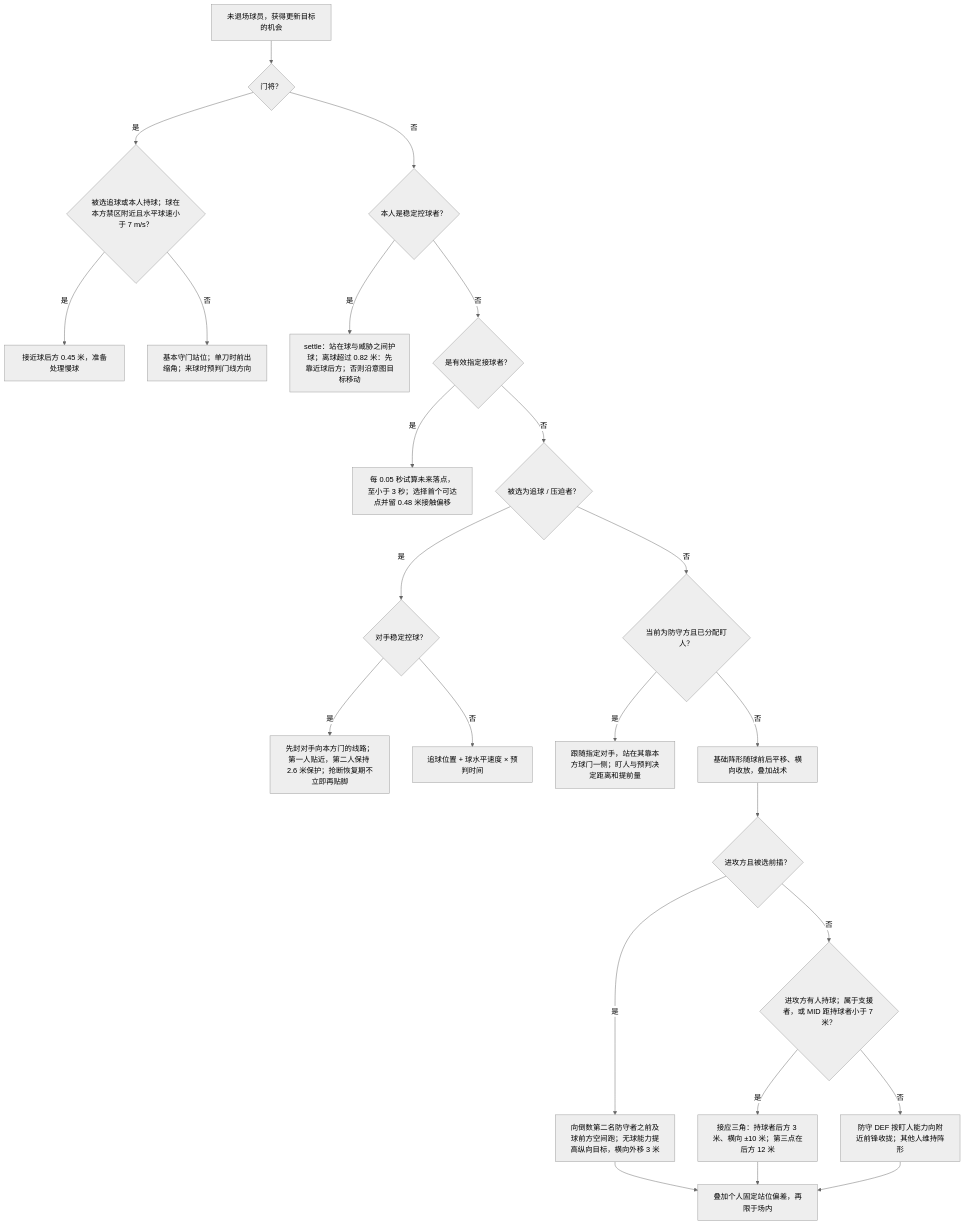
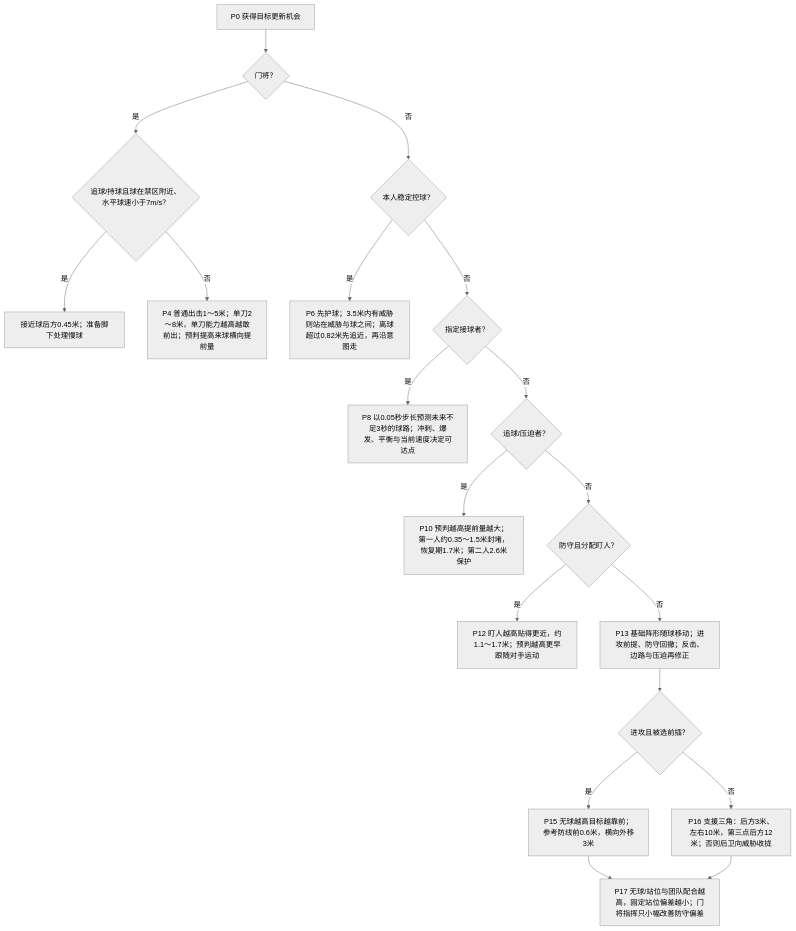
The third of 6 diagrams in packages/shared/modules/matches/design/PLAYER_DECISION_MAP.md (sixu3575/touchline-manager), drawn with Mermaid (neutral theme) before and after one commit. The commit also changed other lines of this file and 16 other files, not shown here.

````diff
--- a/packages/shared/modules/matches/design/PLAYER_DECISION_MAP.md
+++ b/packages/shared/modules/matches/design/PLAYER_DECISION_MAP.md
@@ -64,26 +87,21 @@
 ```mermaid
 flowchart TD
-  A["未退场球员，获得更新目标的机会"] --> B{"门将？"}
-  B -->|是| C{"被选追球或本人持球；球在本方禁区附近且水平球速小于 7 m/s？"}
-  C -->|是| D["接近球后方 0.45 米，准备处理慢球"]
-  C -->|否| E["基本守门站位；单刀时前出缩角；来球时预判门线方向"]
-  B -->|否| F{"本人是稳定控球者？"}
-  F -->|是| G["settle：站在球与威胁之间护球；离球超过 0.82 米：先靠近球后方；否则沿意图目标移动"]
-  F -->|否| H{"是有效指定接球者？"}
-  H -->|是| I["每 0.05 秒试算未来落点，至小于 3 秒；选择首个可达点并留 0.48 米接触偏移"]
-  H -->|否| J{"被选为追球 / 压迫者？"}
-  J -->|是| K{"对手稳定控球？"}
-  K -->|是| L["先封对手向本方门的线路；第一人贴近，第二人保持 2.6 米保护；抢断恢复期不立即再贴脚"]
-  K -->|否| M["追球位置 + 球水平速度 × 预判时间"]
-  J -->|否| N{"当前为防守方且已分配盯人？"}
-  N -->|是| O["跟随指定对手，站在其靠本方球门一侧；盯人与预判决定距离和提前量"]
-  N -->|否| P["基础阵形随球前后平移、横向收放，叠加战术"]
-  P --> Q{"进攻方且被选前插？"}
-  Q -->|是| R["向倒数第二名防守者之前及球前方空间跑；无球能力提高纵向目标，横向外移 3 米"]
-  Q -->|否| S{"进攻方有人持球；属于支援者，或 MID 距持球者小于 7 米？"}
-  S -->|是| T["接应三角：持球者后方 3 米、横向 ±10 米；第三点在后方 12 米"]
-  S -->|否| U["防守 DEF 按盯人能力向附近前锋收拢；其他人维持阵形"]
-  R --> V["叠加个人固定站位偏差，再限于场内"]
-  T --> V
-  U --> V
+  P0["P0 获得目标更新机会"] --> P1{"门将？"}
+  P1 -->|是| P2{"追球/持球且球在禁区附近、水平球速小于7m/s？"}
+  P2 -->|是| P3["接近球后方0.45米；准备脚下处理慢球"]
+  P2 -->|否| P4["P4 普通出击1～5米；单刀2～8米，单刀能力越高越敢前出；预判提高来球横向提前量"]
+  P1 -->|否| P5{"本人稳定控球？"}
+  P5 -->|是| P6["P6 先护球；3.5米内有威胁则站在威胁与球之间；离球超过0.82米先追近，再沿意图走"]
+  P5 -->|否| P7{"指定接球者？"}
+  P7 -->|是| P8["P8 以0.05秒步长预测未来不足3秒的球路；冲刺、爆发、平衡与当前速度决定可达点"]
+  P7 -->|否| P9{"追球/压迫者？"}
+  P9 -->|是| P10["P10 预判越高提前量越大；第一人约0.35～1.5米封堵，恢复期1.7米；第二人2.6米保护"]
+  P9 -->|否| P11{"防守且分配盯人？"}
+  P11 -->|是| P12["P12 盯人越高贴得更近，约1.1～1.7米；预判越高更早跟随对手运动"]
+  P11 -->|否| P13["P13 基础阵形随球移动；进攻前提、防守回撤；反击、边路与压迫再修正"]
+  P13 --> P14{"进攻且被选前插？"}
+  P14 -->|是| P15["P15 无球越高目标越靠前；参考防线前0.6米，横向外移3米"]
+  P14 -->|否| P16["P16 支援三角：后方3米、左右10米，第三点后方12米；否则后卫向威胁收拢"]
+  P15 --> P17["P17 无球/站位与团队配合越高，固定站位偏差越小；门将指挥只小幅改善防守偏差"]
+  P16 --> P17
 ```
````
